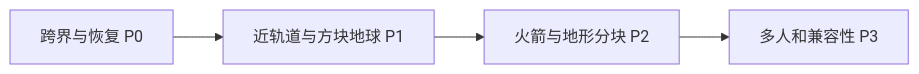
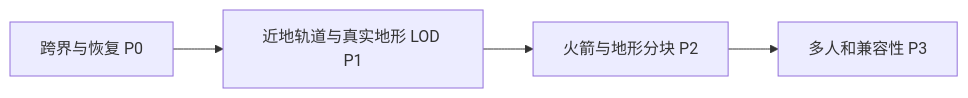
Before and after one commit to MineRealms/Rocket: the diagram in docs/03-development-roadmap.md, drawn with Mermaid. The commit also changed other lines of this file and 32 other files, not shown here.

````diff
--- a/docs/03-development-roadmap.md
+++ b/docs/03-development-roadmap.md
@@ -6,6 +6,6 @@
 ```mermaid
 flowchart LR
-    P0[跨界与恢复 P0] --> P1[近轨道与方块地球 P1]
+    P0[跨界与恢复 P0] --> P1[近地轨道与真实地形 LOD P1]
     P1 --> P2[火箭与地形分块 P2]
     P2 --> P3[多人和兼容性 P3]
 ```
````
